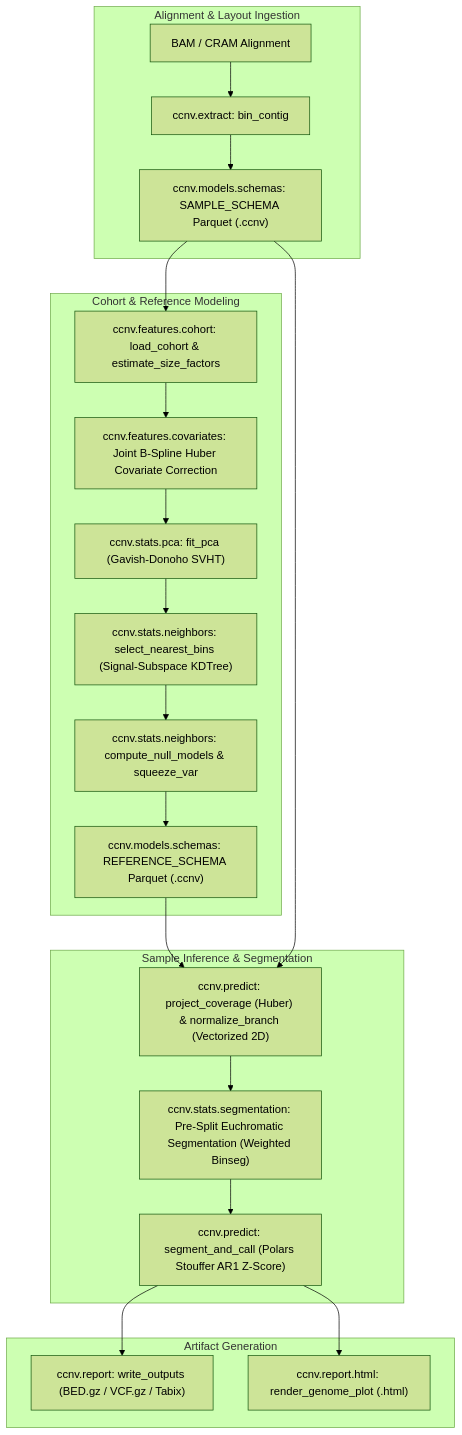
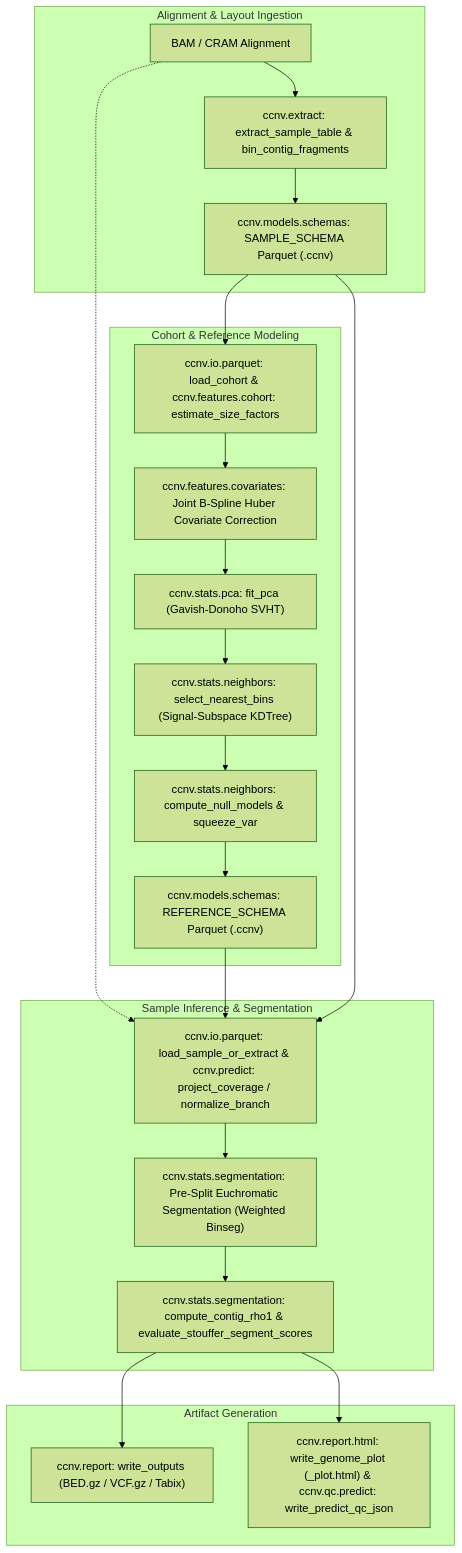
One commit to matthdsm/ccnv changed the diagram in src/ccnv/README.md. Above: the diagram before and after it, drawn with Mermaid (forest theme). The commit also changed other lines of this file and 67 other files, not shown here.

````diff
--- a/src/ccnv/README.md
+++ b/src/ccnv/README.md
@@ -7,25 +7,26 @@
 ```mermaid
 flowchart TD
     subgraph Ingestion["Alignment & Layout Ingestion"]
-        A["BAM / CRAM Alignment"] --> B["ccnv.extract: bin_contig"]
+        A["BAM / CRAM Alignment"] --> B["ccnv.extract: extract_sample_table & bin_contig_fragments"]
         B --> C["ccnv.models.schemas: SAMPLE_SCHEMA Parquet (.ccnv)"]
     end
     subgraph ReferenceModeling["Cohort & Reference Modeling"]
-        C --> D["ccnv.features.cohort: load_cohort & estimate_size_factors"]
+        C --> D["ccnv.io.parquet: load_cohort & ccnv.features.cohort: estimate_size_factors"]
         D --> E["ccnv.features.covariates: Joint B-Spline Huber Covariate Correction"]
         E --> F["ccnv.stats.pca: fit_pca (Gavish-Donoho SVHT)"]
         F --> G["ccnv.stats.neighbors: select_nearest_bins (Signal-Subspace KDTree)"]
         G --> H["ccnv.stats.neighbors: compute_null_models & squeeze_var"]
         H --> I["ccnv.models.schemas: REFERENCE_SCHEMA Parquet (.ccnv)"]
     end
     subgraph Inference["Sample Inference & Segmentation"]
-        I --> J["ccnv.predict: project_coverage (Huber) & normalize_branch (Vectorized 2D)"]
+        A -.-> J["ccnv.io.parquet: load_sample_or_extract & ccnv.predict: project_coverage / normalize_branch"]
+        I --> J
         C --> J
         J --> K["ccnv.stats.segmentation: Pre-Split Euchromatic Segmentation (Weighted Binseg)"]
-        K --> L["ccnv.predict: segment_and_call (Polars Stouffer AR1 Z-Score)"]
+        K --> L["ccnv.stats.segmentation: compute_contig_rho1 & evaluate_stouffer_segment_scores"]
     end
     subgraph Reporting["Artifact Generation"]
         L --> M["ccnv.report: write_outputs (BED.gz / VCF.gz / Tabix)"]
-        L --> N["ccnv.report.html: render_genome_plot (.html)"]
+        L --> N["ccnv.report.html: write_genome_plot (_plot.html) & ccnv.qc.predict: write_predict_qc_json"]
     end
 ```
````
